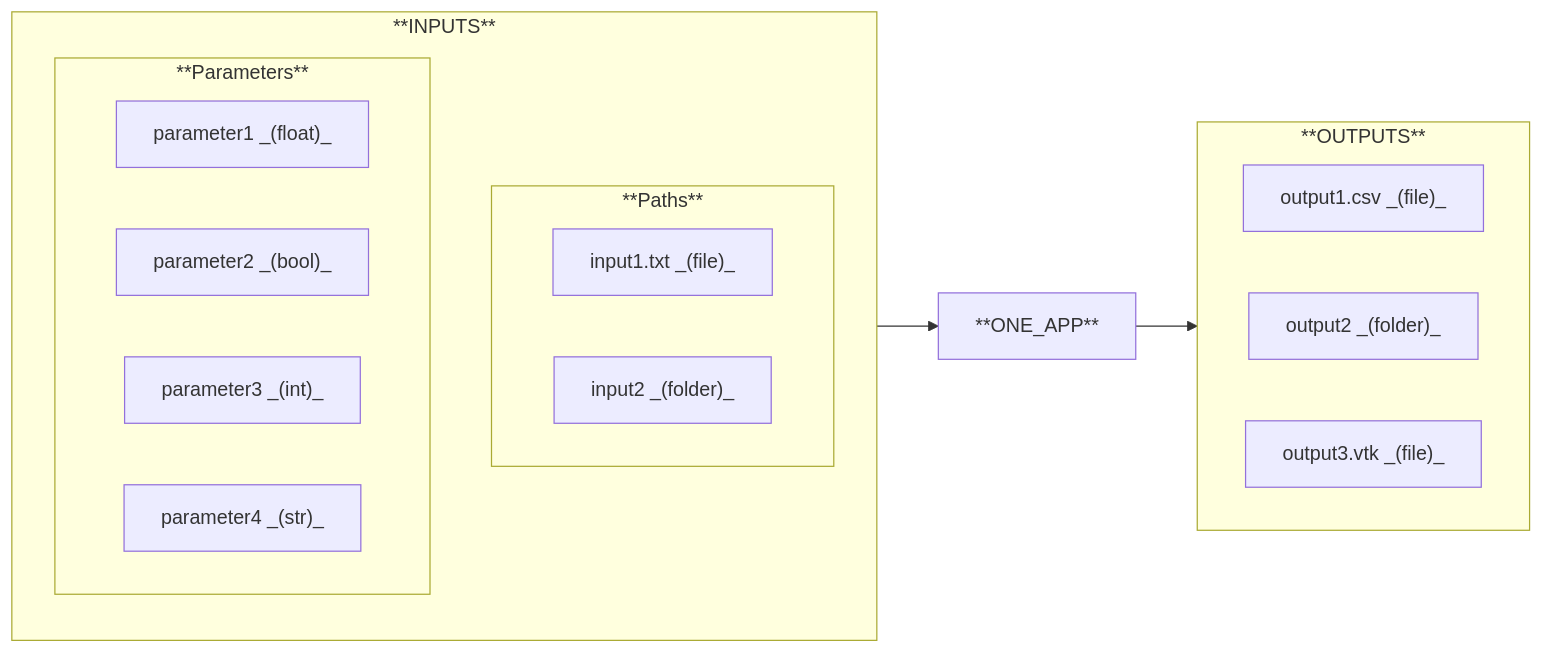
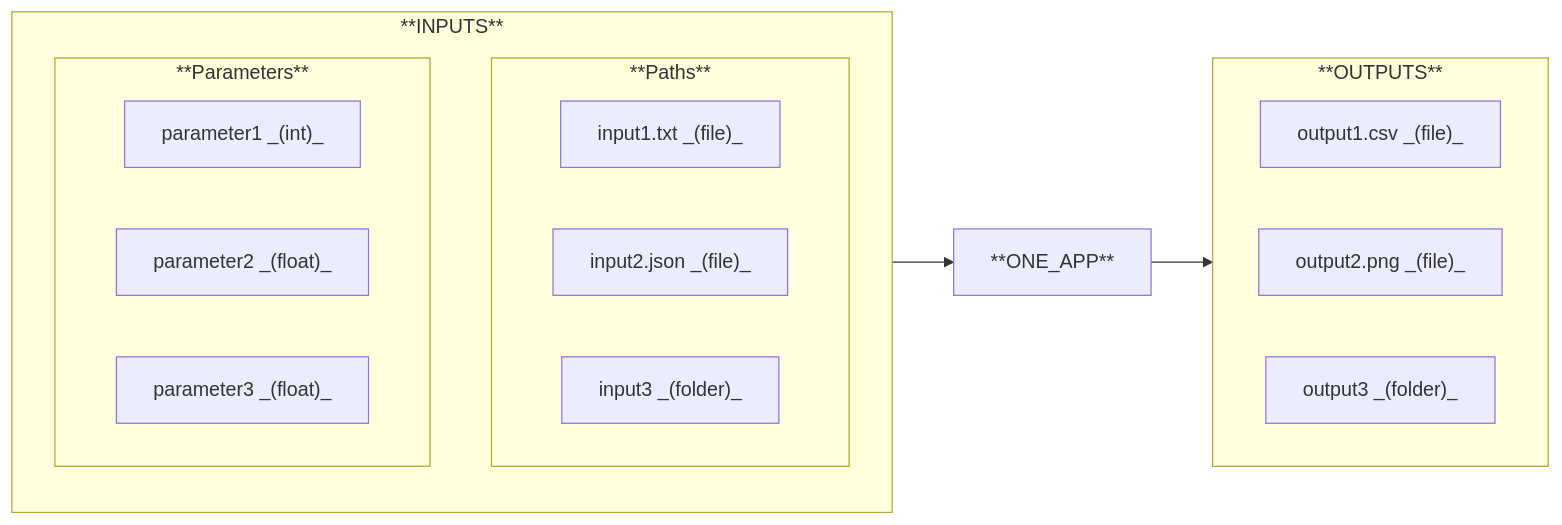
Diagram 12 of 17 in README.md (nuremics/nuremics), drawn with Mermaid before and after one commit. The commit also changed other lines of this file, not shown here.

````diff
--- a/README.md
+++ b/README.md
@@ -350,30 +346,30 @@
 ```mermaid
 flowchart LR
   subgraph **INPUTS**
     direction TB
 
     subgraph **Paths**
       direction LR
       path1["input1.txt _(file)_"]
-      path2["input2 _(folder)_"]
+      path2["input2.json _(file)_"]
+      path3["input3 _(folder)_"]
     end
 
     subgraph **Parameters**
       direction LR
-      param1["parameter1 _(float)_"]
-      param2["parameter2 _(bool)_"]
-      param3["parameter3 _(int)_"]
-      param4["parameter4 _(str)_"]
+      param1["parameter1 _(int)_"]
+      param2["parameter2 _(float)_"]
+      param3["parameter3 _(float)_"]
     end
   end
 
   subgraph **OUTPUTS**
     direction RL
     out1["output1.csv _(file)_"]
-    out2["output2 _(folder)_"]
-    out3["output3.vtk _(file)_"]
+    out2["output2.png _(file)_"]
+    out3["output3 _(folder)_"]
   end
 
   **INPUTS** --> ONE_APP["**ONE_APP**"]
   ONE_APP --> **OUTPUTS**
 ```
````
